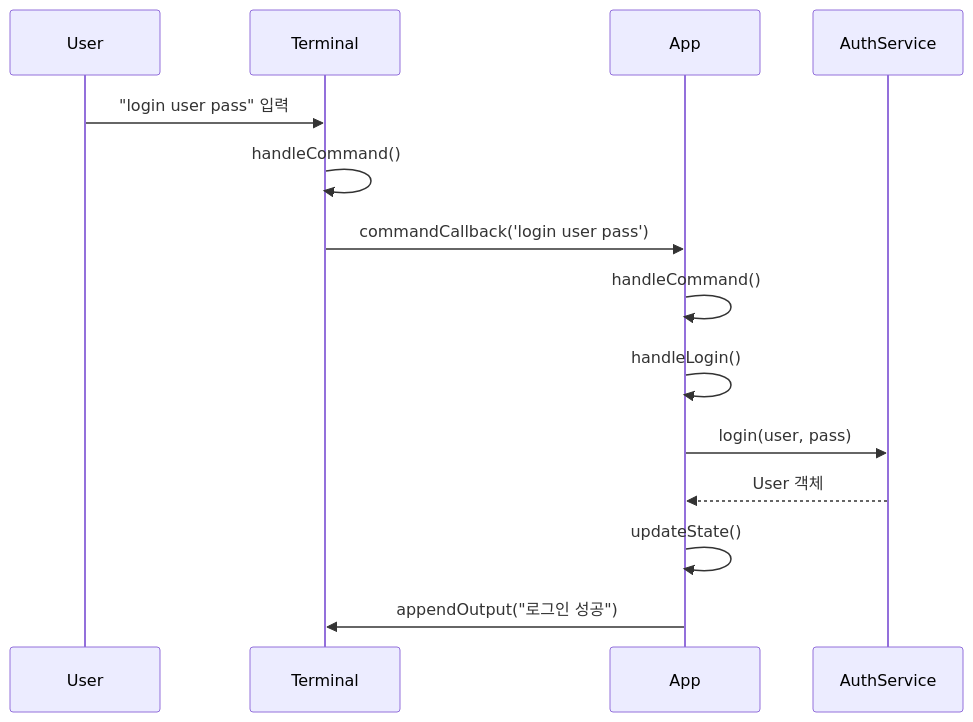
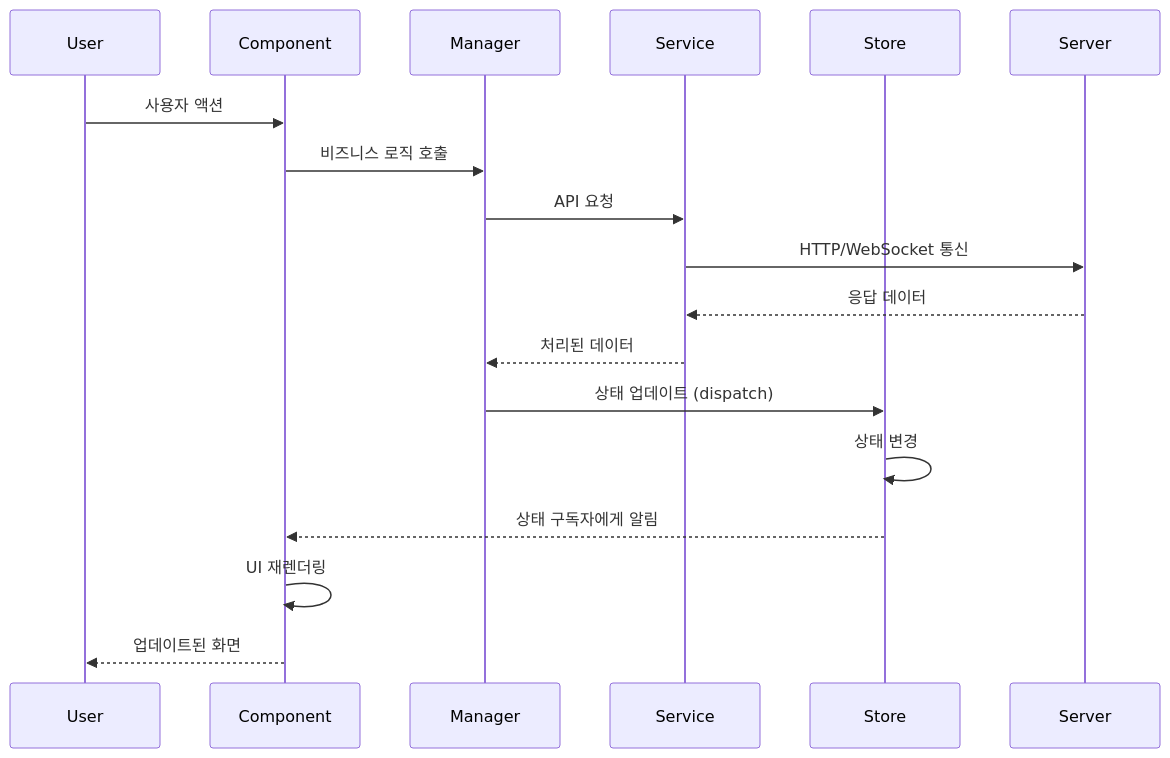
Before and after one commit to pong42-dev/ft_transcendence: the second of 2 diagrams in docs/front-docs/component-architecture.md, drawn with Mermaid. The commit also changed other lines of this file and 5 other files, not shown here.

Commit message:
chore: Remove internationalization guide and update project overview and architecture documentation to reflect new project name, features, and architecture details for ft_transcendence.

````diff
--- a/docs/front-docs/component-architecture.md
+++ b/docs/front-docs/component-architecture.md
@@ -616,17 +671,21 @@
 ```mermaid
 sequenceDiagram
     participant User
-    participant Terminal
-    participant App
-    participant AuthService
+    participant Component
+    participant Manager
+    participant Service
+    participant Store
+    participant Server
     
-    User->>Terminal: "login user pass" 입력
-    Terminal->>Terminal: handleCommand()
-    Terminal->>App: commandCallback('login user pass')
-    App->>App: handleCommand()
-    App->>App: handleLogin()
-    App->>AuthService: login(user, pass)
-    AuthService-->>App: User 객체
-    App->>App: updateState()
-    App->>Terminal: appendOutput("로그인 성공")
+    User->>Component: 사용자 액션
+    Component->>Manager: 비즈니스 로직 호출
+    Manager->>Service: API 요청
+    Service->>Server: HTTP/WebSocket 통신
+    Server-->>Service: 응답 데이터
+    Service-->>Manager: 처리된 데이터
+    Manager->>Store: 상태 업데이트 (dispatch)
+    Store->>Store: 상태 변경
+    Store-->>Component: 상태 구독자에게 알림
+    Component->>Component: UI 재렌더링
+    Component-->>User: 업데이트된 화면
 ```
````
